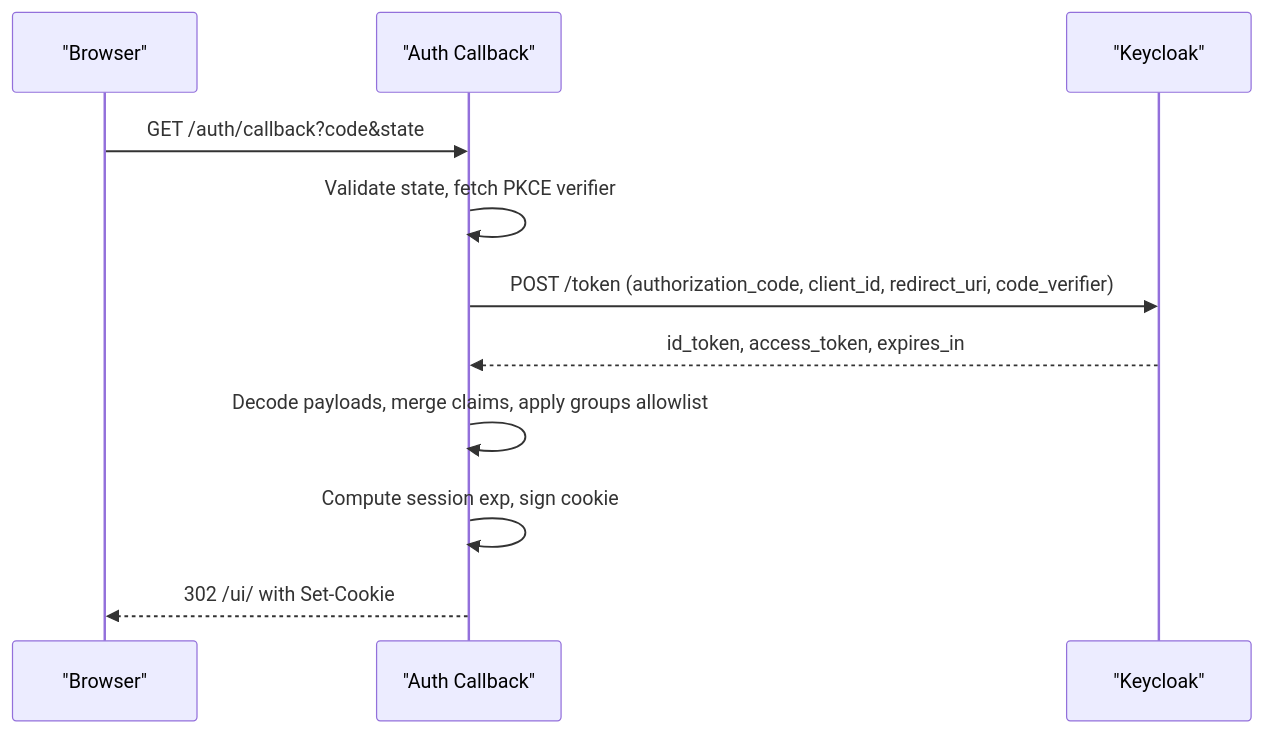
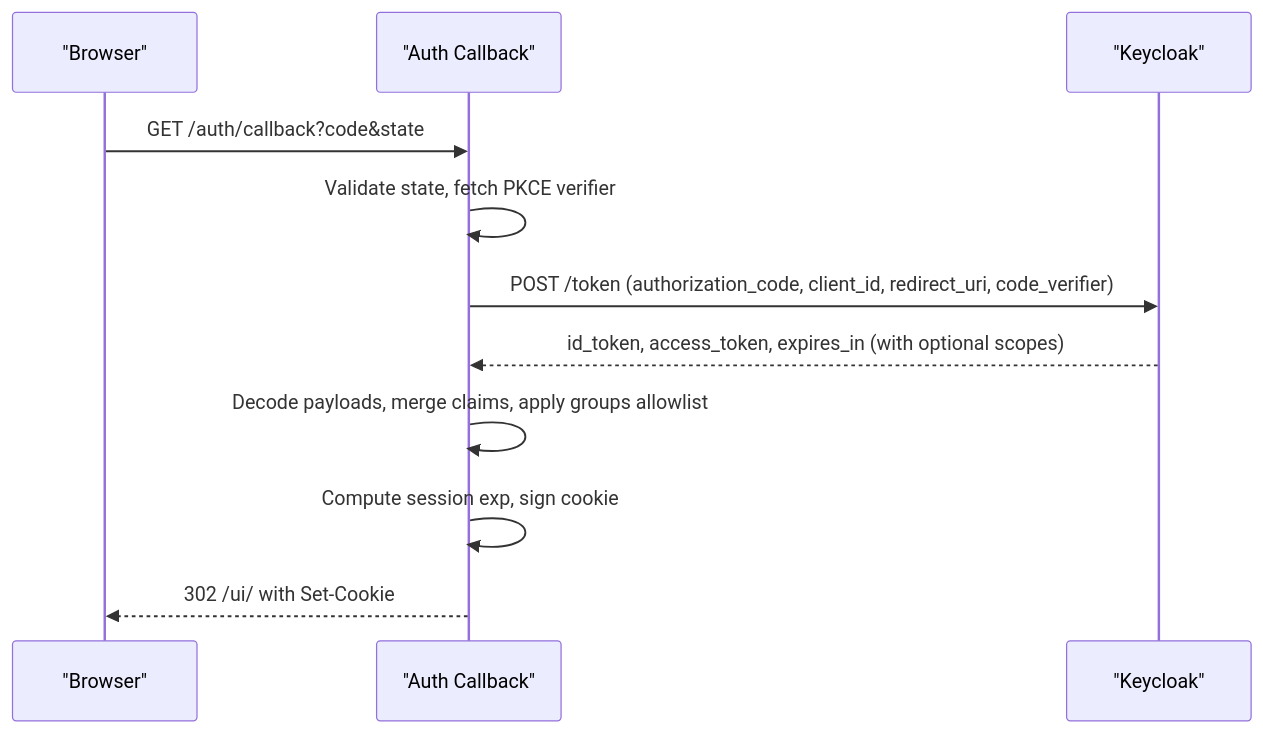
The fourth of 15 diagrams in .qoder/repowiki/en/content/Core Services/Authentication & Authorization/Authentication & Authorization.md (debian777/kairos-mcp), drawn with Mermaid before and after one commit. The commit also changed other lines of this file and 16 other files, not shown here.

````diff
--- a/.qoder/repowiki/en/content/Core Services/Authentication & Authorization/Authentication & Authorization.md
+++ b/.qoder/repowiki/en/content/Core Services/Authentication & Authorization/Authentication & Authorization.md
@@ -241,13 +257,13 @@
 ```mermaid
 sequenceDiagram
 participant Client as "Browser"
 participant App as "Auth Callback"
 participant KC as "Keycloak"
 Client->>App : GET /auth/callback?code&state
 App->>App : Validate state, fetch PKCE verifier
 App->>KC : POST /token (authorization_code, client_id, redirect_uri, code_verifier)
-KC-->>App : id_token, access_token, expires_in
+KC-->>App : id_token, access_token, expires_in (with optional scopes)
 App->>App : Decode payloads, merge claims, apply groups allowlist
 App->>App : Compute session exp, sign cookie
 App-->>Client : 302 /ui/ with Set-Cookie
 ```
````
